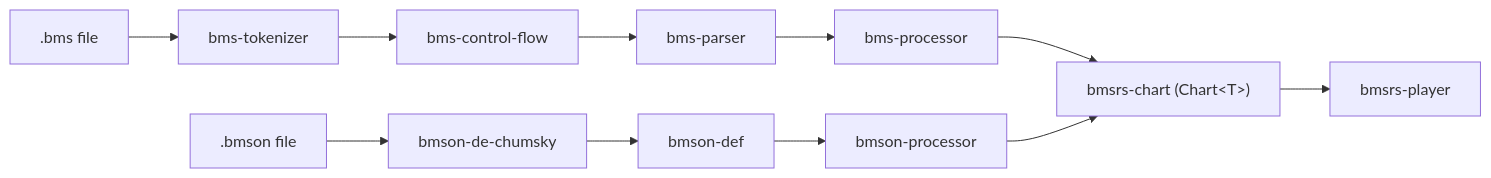
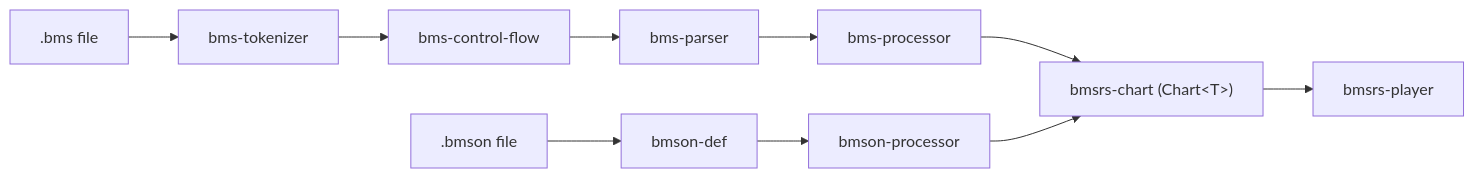
The diagram in AGENTS.md (brightmeows/bmsrs), drawn with Mermaid before and after one commit. The commit also changed other lines of this file and 20 other files, not shown here.

First line of the commit message:
refactor(bmson)!: 将 bmson-de-chumsky 合并为 bmson-def 的示例，不再作为独立 crate 导出

````diff
--- a/AGENTS.md
+++ b/AGENTS.md
@@ -12,15 +12,14 @@
 ```mermaid
 flowchart LR
     BMS[".bms file"] --> Tok[bms-tokenizer]
     Tok --> CF[bms-control-flow]
     CF --> Par[bms-parser]
     Par --> BProc[bms-processor]
 
-    BMSON[".bmson file"] --> DeChumsky[bmson-de-chumsky]
-    DeChumsky --> BDef[bmson-def]
+    BMSON[".bmson file"] --> BDef[bmson-def]
     BDef --> BMProc[bmson-processor]
 
     BProc --> Chart["bmsrs-chart (Chart&lt;T&gt;)"]
     BMProc --> Chart
     Chart --> Player[bmsrs-player]
 ```
````
